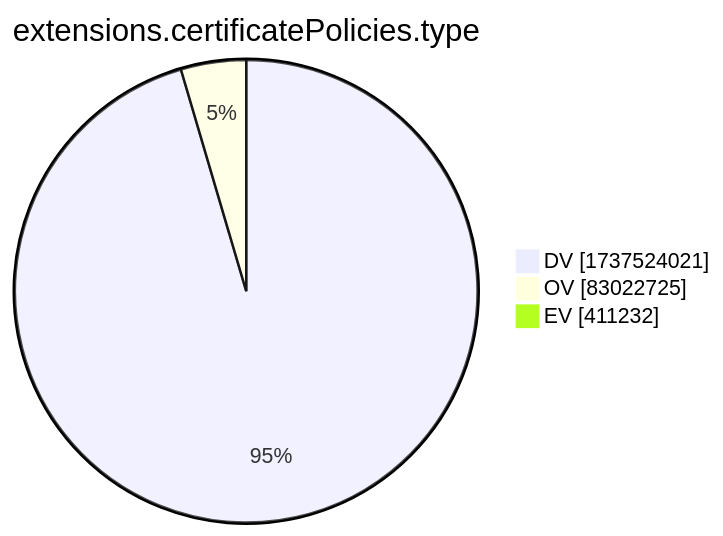
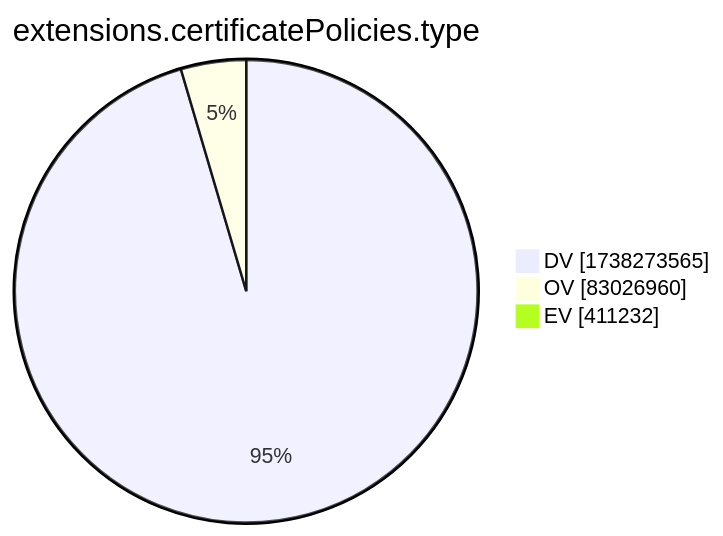
The tenth of 15 diagrams in xenon2022/README.md (christiankrug/ctmonitor_visualization), drawn with Mermaid before and after one commit. The commit also changed other lines of this file, not shown here.

````diff
--- a/xenon2022/README.md
+++ b/xenon2022/README.md
@@ -2881,7 +2881,7 @@
 ```mermaid
 pie showData
 title extensions.certificatePolicies.type
-"DV" :1737524021
-"OV" :83022725
+"DV" :1738273565
+"OV" :83026960
 "EV" :411232
 ```
````
